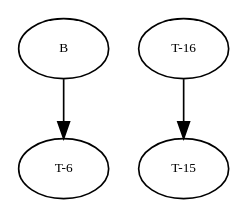
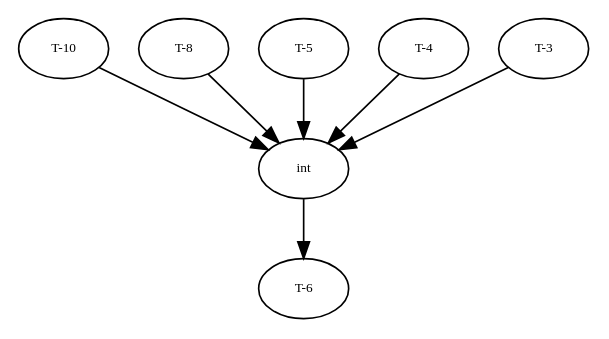
Before and after one commit to amso100/livescript-declarations: the diagram in graphs/dg.dot, drawn with Graphviz. The commit also changed 12 other files, not shown here.

```diff
--- a/graphs/dg.dot
+++ b/graphs/dg.dot
@@ -1,29 +1,60 @@
 digraph RGL__DirectedAdjacencyGraph {
-    B [
+    "T-10" [
         fontsize = 8,
-        label = B
+        label = "T-10"
+    ]
+
+    int [
+        fontsize = 8,
+        label = int
     ]
 
     "T-6" [
         fontsize = 8,
         label = "T-6"
     ]
 
-    "T-16" [
+    "T-8" [
         fontsize = 8,
-        label = "T-16"
+        label = "T-8"
     ]
 
-    "T-15" [
+    "T-5" [
         fontsize = 8,
-        label = "T-15"
+        label = "T-5"
     ]
 
-    B -> "T-6" [
+    "T-4" [
+        fontsize = 8,
+        label = "T-4"
+    ]
+
+    "T-3" [
+        fontsize = 8,
+        label = "T-3"
+    ]
+
+    "T-10" -> int [
         fontsize = 8
     ]
 
-    "T-16" -> "T-15" [
+    int -> "T-6" [
+        fontsize = 8
+    ]
+
+    "T-8" -> int [
+        fontsize = 8
+    ]
+
+    "T-5" -> int [
+        fontsize = 8
+    ]
+
+    "T-4" -> int [
+        fontsize = 8
+    ]
+
+    "T-3" -> int [
         fontsize = 8
     ]
 }
```
